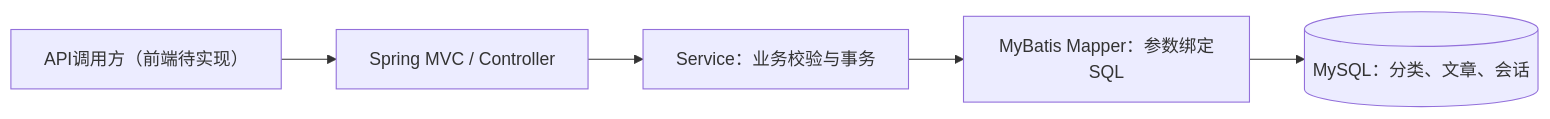
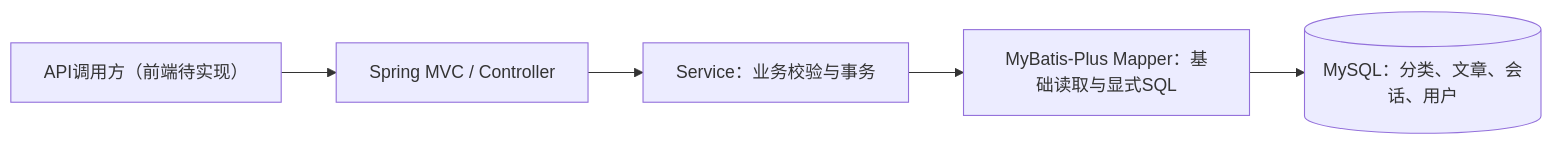
Before and after one commit to saborpunk/-AI-: the diagram in docs/architecture.md, drawn with Mermaid. The commit also changed other lines of this file and 27 other files, not shown here.

Commit message:
feat: 完成 V2 MyBatis-Plus 迁移与用户持久化基础

````diff
--- a/docs/architecture.md
+++ b/docs/architecture.md
@@ -7,7 +7,7 @@
 ```mermaid
 flowchart LR
     C["API调用方（前端待实现）"] --> W["Spring MVC / Controller"]
     W --> S["Service：业务校验与事务"]
-    S --> M["MyBatis Mapper：参数绑定SQL"]
-    M --> D[("MySQL：分类、文章、会话")]
+    S --> M["MyBatis-Plus Mapper：基础读取与显式SQL"]
+    M --> D[("MySQL：分类、文章、会话、用户")]
 ```
````
